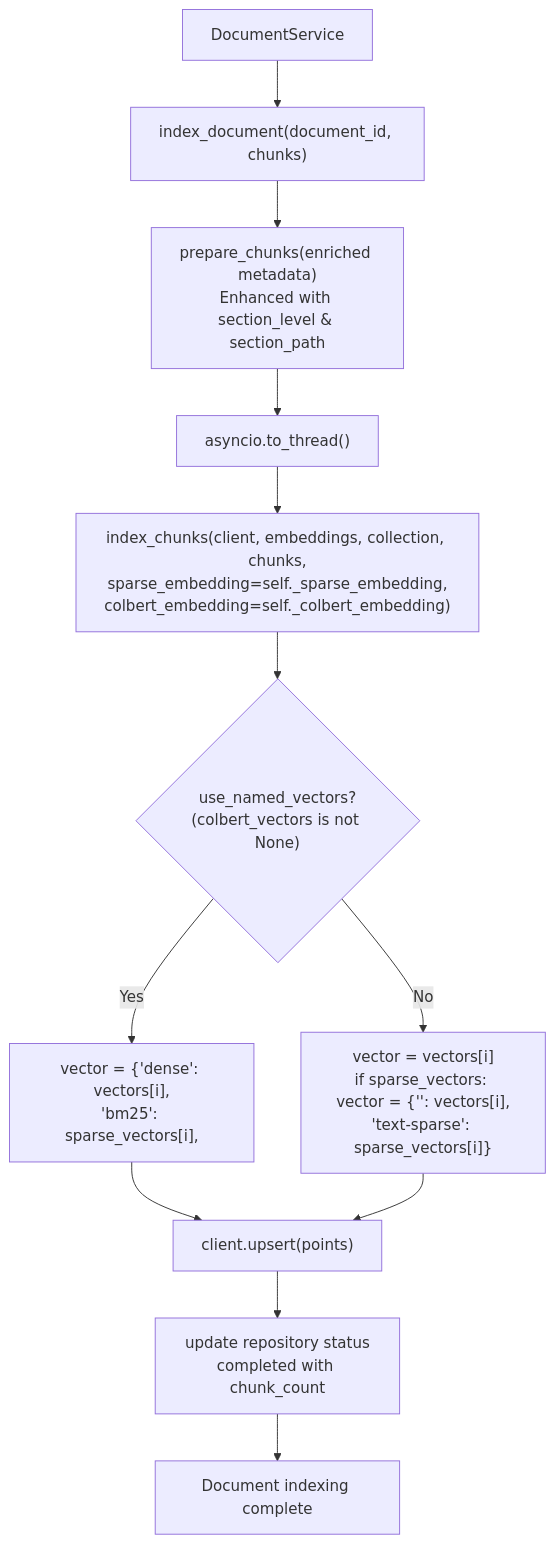
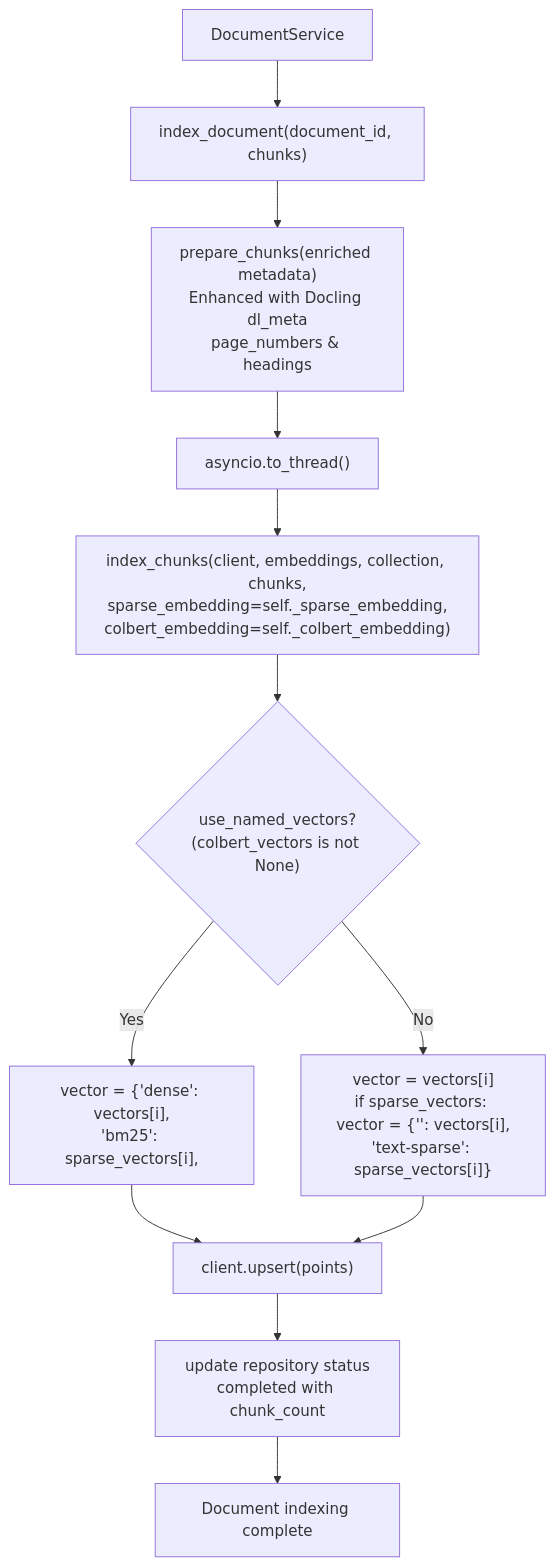
One commit to ognelis/cafetera_hr_bot changed diagram 11 of 12 in .qoder/repowiki/en/content/RAG Integration/RAG Parser Enhancement.md. Above: the diagram before and after it, drawn with Mermaid. The commit also changed other lines of this file and 5 other files, not shown here.

````diff
--- a/.qoder/repowiki/en/content/RAG Integration/RAG Parser Enhancement.md
+++ b/.qoder/repowiki/en/content/RAG Integration/RAG Parser Enhancement.md
@@ -661,14 +472,14 @@
 ```mermaid
 flowchart TD
 DocumentService["DocumentService"] --> IndexDocument["index_document(document_id, chunks)"]
-IndexDocument --> PrepareChunks["prepare_chunks(enriched metadata)<br/>Enhanced with section_level & section_path"]
+IndexDocument --> PrepareChunks["prepare_chunks(enriched metadata)<br/>Enhanced with Docling dl_meta<br/>page_numbers & headings"]
 PrepareChunks --> AsyncThread["asyncio.to_thread()"]
 AsyncThread --> IndexChunks["index_chunks(client, embeddings, collection, chunks,<br/>sparse_embedding=self._sparse_embedding,<br/>colbert_embedding=self._colbert_embedding)"]
 IndexChunks --> UseNamedVectors{"use_named_vectors?<br/>(colbert_vectors is not None)"}
 UseNamedVectors --> |"Yes"| NamedVectors["vector = {'dense': vectors[i],<br/>'bm25': sparse_vectors[i],<br/'colbert': colbert_vectors[i]}"]
 UseNamedVectors --> |"No"| LegacyVectors["vector = vectors[i]<br/>if sparse_vectors: vector = {'': vectors[i],<br/>'text-sparse': sparse_vectors[i]}"]
 NamedVectors --> Upsert["client.upsert(points)"]
 LegacyVectors --> Upsert
 Upsert --> UpdateRepo["update repository status<br/>completed with chunk_count"]
 UpdateRepo --> Complete["Document indexing complete"]
 ```
````
